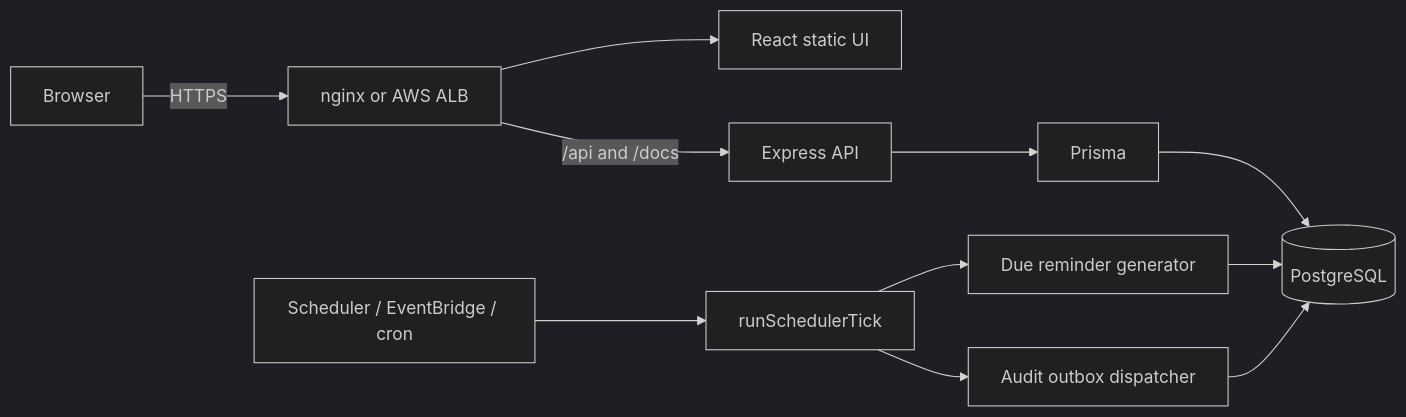
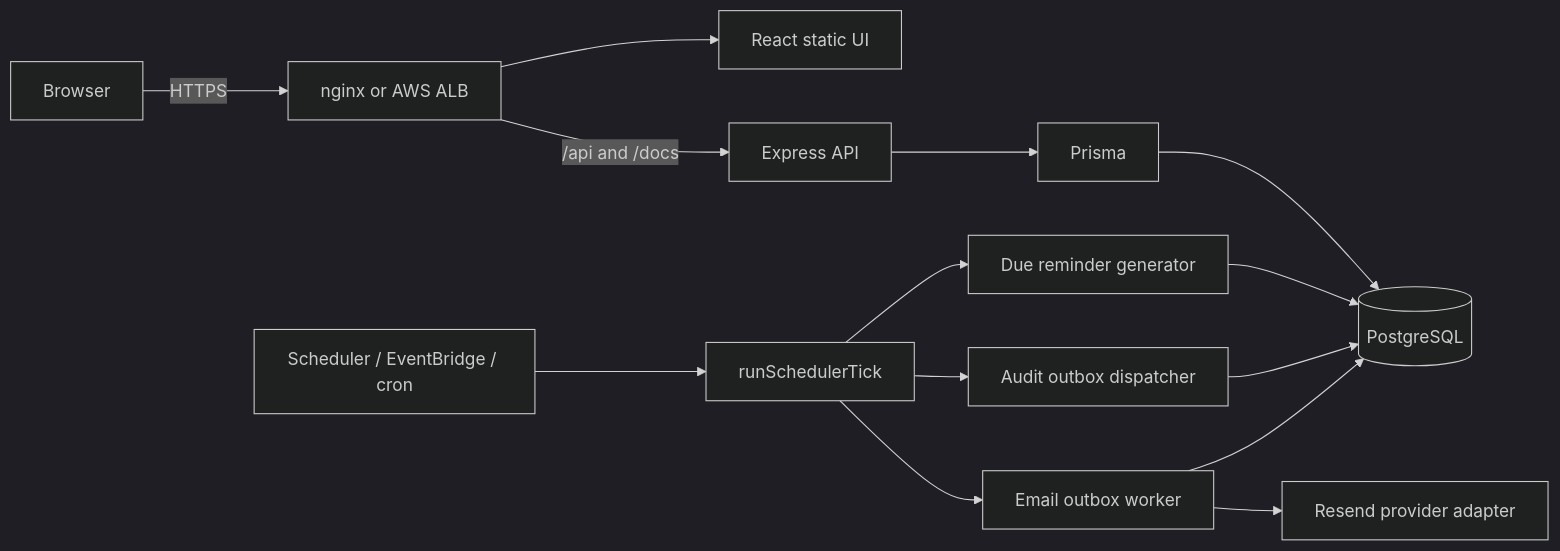
One commit to KrittametWimonpuk/it-asset-management changed the first of 2 diagrams in docs/ARCHITECTURE.md. Above: the diagram before and after it, drawn with Mermaid (dark theme). The commit also changed other lines of this file and 34 other files, not shown here.

````diff
--- a/docs/ARCHITECTURE.md
+++ b/docs/ARCHITECTURE.md
@@ -5,13 +5,16 @@
 ```mermaid
 flowchart LR
   B[Browser] -->|HTTPS| P[nginx or AWS ALB]
   P --> W[React static UI]
   P -->|/api and /docs| A[Express API]
   A --> R[Prisma]
   R --> D[(PostgreSQL)]
   S[Scheduler / EventBridge / cron] --> J[runSchedulerTick]
   J --> N[Due reminder generator]
   J --> O[Audit outbox dispatcher]
+  J --> E[Email outbox worker]
+  E --> PVD[Resend provider adapter]
   N --> D
   O --> D
+  E --> D
 ```
````
